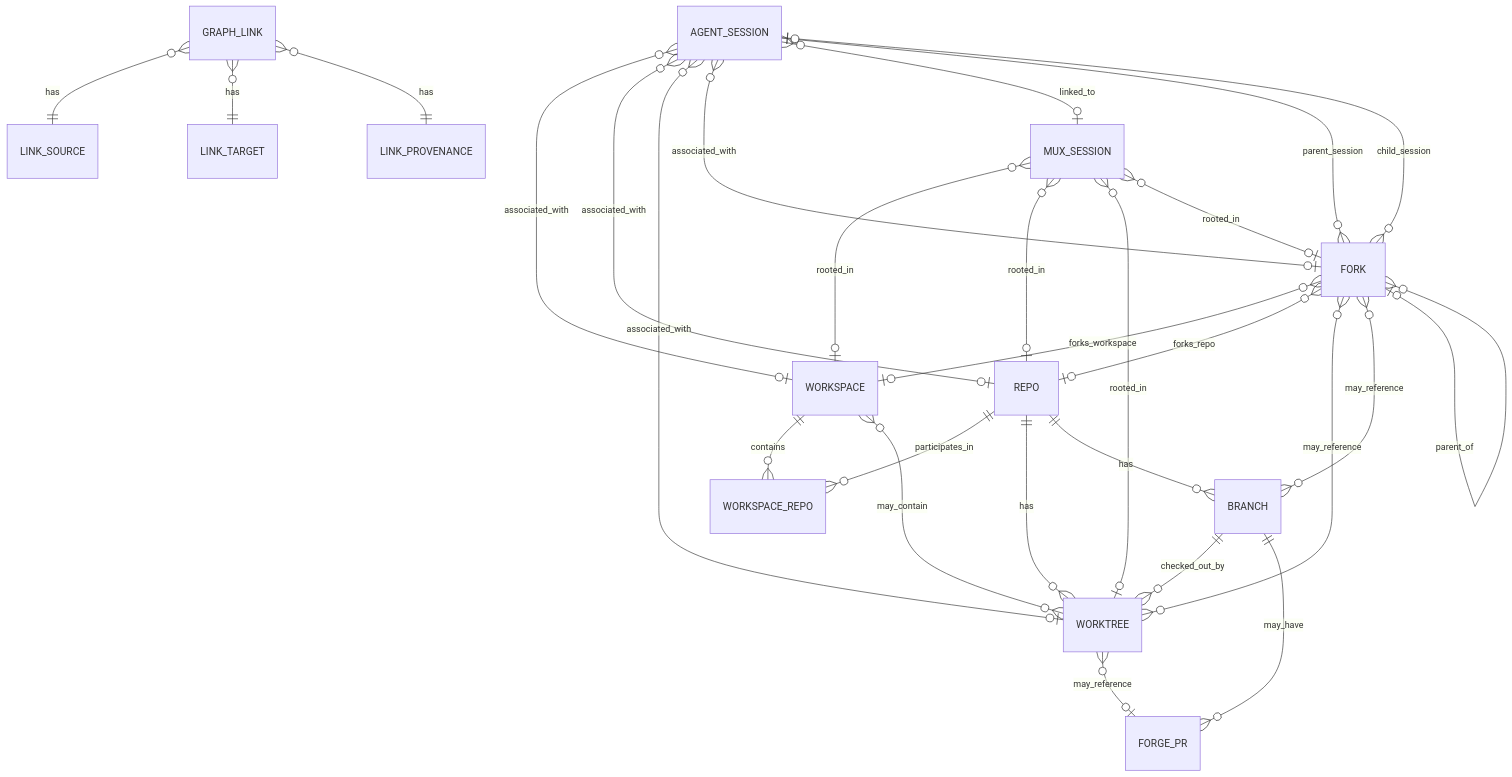
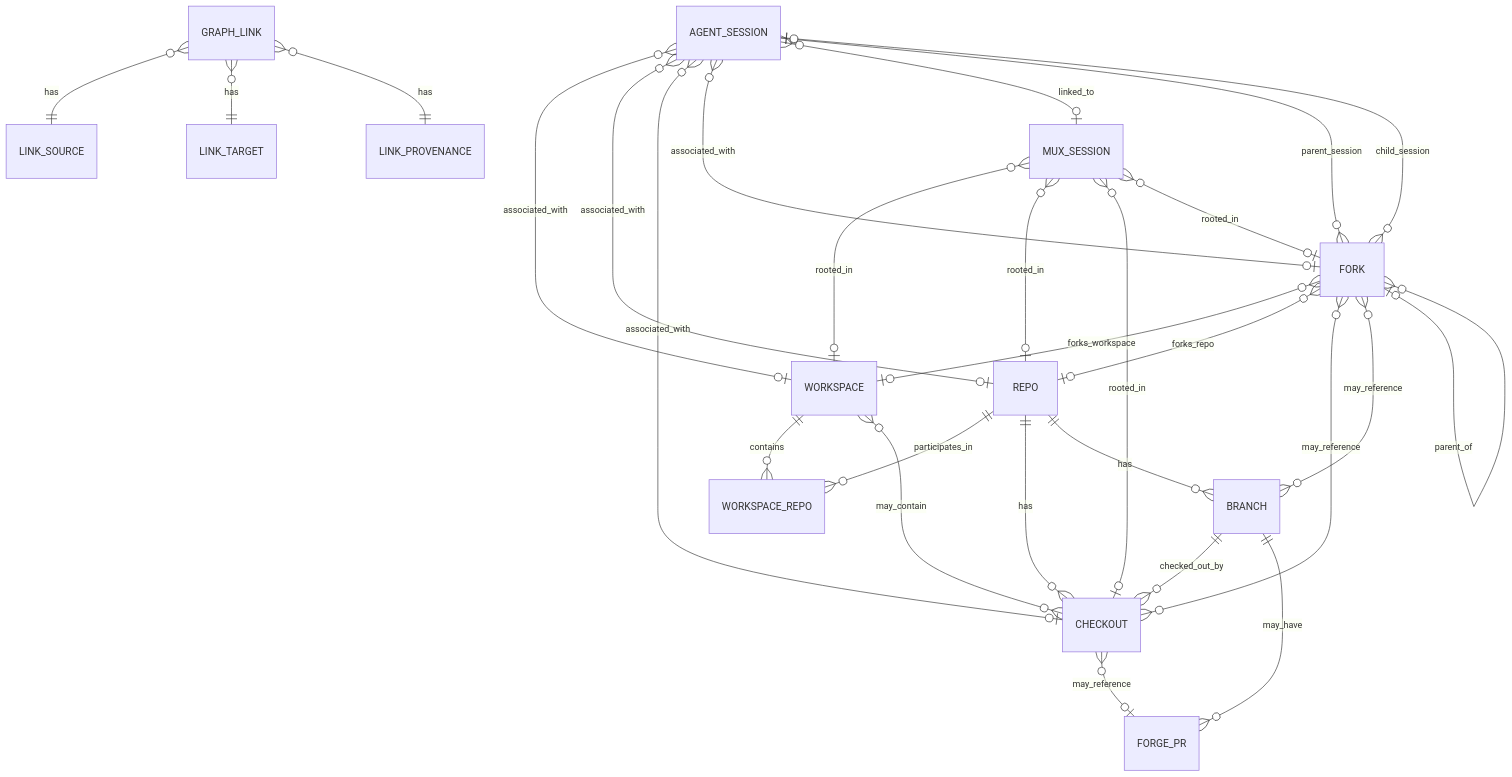
Before and after one commit to malloc47/conspectus: the diagram in docs/design.md, drawn with Mermaid. The commit also changed other lines of this file and 7 other files, not shown here.

````diff
--- a/docs/design.md
+++ b/docs/design.md
@@ -180,34 +185,34 @@
 ```mermaid
 erDiagram
     WORKSPACE ||--o{ WORKSPACE_REPO : contains
     REPO ||--o{ WORKSPACE_REPO : participates_in
-    REPO ||--o{ WORKTREE : has
+    REPO ||--o{ CHECKOUT : has
     REPO ||--o{ BRANCH : has
-    BRANCH ||--o{ WORKTREE : checked_out_by
-    WORKSPACE }o--o{ WORKTREE : may_contain
+    BRANCH ||--o{ CHECKOUT : checked_out_by
+    WORKSPACE }o--o{ CHECKOUT : may_contain
 
     AGENT_SESSION }o--o| WORKSPACE : associated_with
     AGENT_SESSION }o--o| REPO : associated_with
-    AGENT_SESSION }o--o| WORKTREE : associated_with
+    AGENT_SESSION }o--o| CHECKOUT : associated_with
     AGENT_SESSION }o--o| FORK : associated_with
     AGENT_SESSION }o--o| MUX_SESSION : linked_to
     MUX_SESSION }o--o| WORKSPACE : rooted_in
     MUX_SESSION }o--o| REPO : rooted_in
-    MUX_SESSION }o--o| WORKTREE : rooted_in
+    MUX_SESSION }o--o| CHECKOUT : rooted_in
     MUX_SESSION }o--o| FORK : rooted_in
 
     FORK }o--o| WORKSPACE : forks_workspace
     FORK }o--o| REPO : forks_repo
-    FORK }o--o{ WORKTREE : may_reference
+    FORK }o--o{ CHECKOUT : may_reference
     FORK }o--o{ BRANCH : may_reference
     FORK }o--o| AGENT_SESSION : parent_session
     FORK }o--o| AGENT_SESSION : child_session
     FORK |o--o{ FORK : parent_of
 
     BRANCH ||--o{ FORGE_PR : may_have
-    WORKTREE }o--o| FORGE_PR : may_reference
+    CHECKOUT }o--o| FORGE_PR : may_reference
 
     GRAPH_LINK }o--|| LINK_SOURCE : has
     GRAPH_LINK }o--|| LINK_TARGET : has
     GRAPH_LINK }o--|| LINK_PROVENANCE : has
 ```
````
